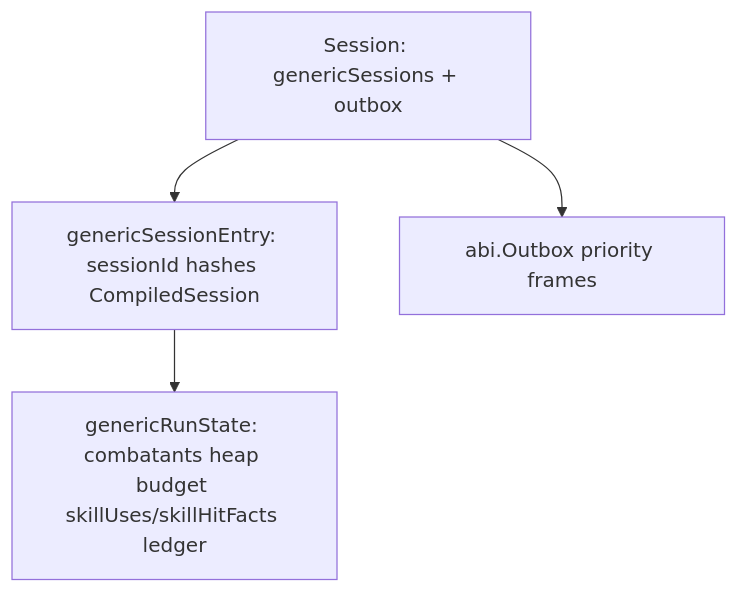
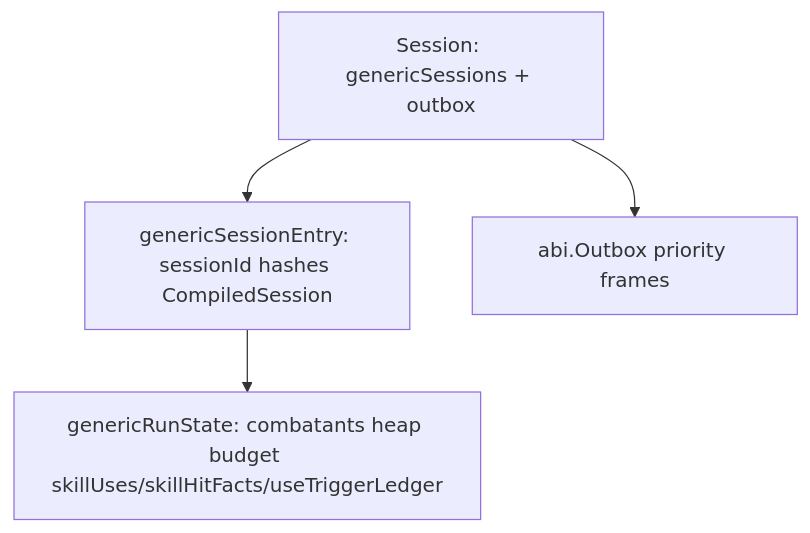
One commit to JeanbartBiubiu/damage_viewer_project_planning changed the fourth of 4 diagrams in wasm/tinygo_engine_v2/ARCHITECTURE.md. Above: the diagram before and after it, drawn with Mermaid. The commit also changed other lines of this file and 120 other files, not shown here.

````diff
--- a/wasm/tinygo_engine_v2/ARCHITECTURE.md
+++ b/wasm/tinygo_engine_v2/ARCHITECTURE.md
@@ -108,11 +108,11 @@
 ```mermaid
 graph TD
     Session["Session: genericSessions + outbox"]
     Entry["genericSessionEntry: sessionId hashes CompiledSession"]
-    State["genericRunState: combatants heap budget skillUses/skillHitFacts ledger"]
+    State["genericRunState: combatants heap budget skillUses/skillHitFacts/useTriggerLedger"]
     Outbox["abi.Outbox priority frames"]
 
     Session --> Entry
     Session --> Outbox
     Entry --> State
 ```
````
